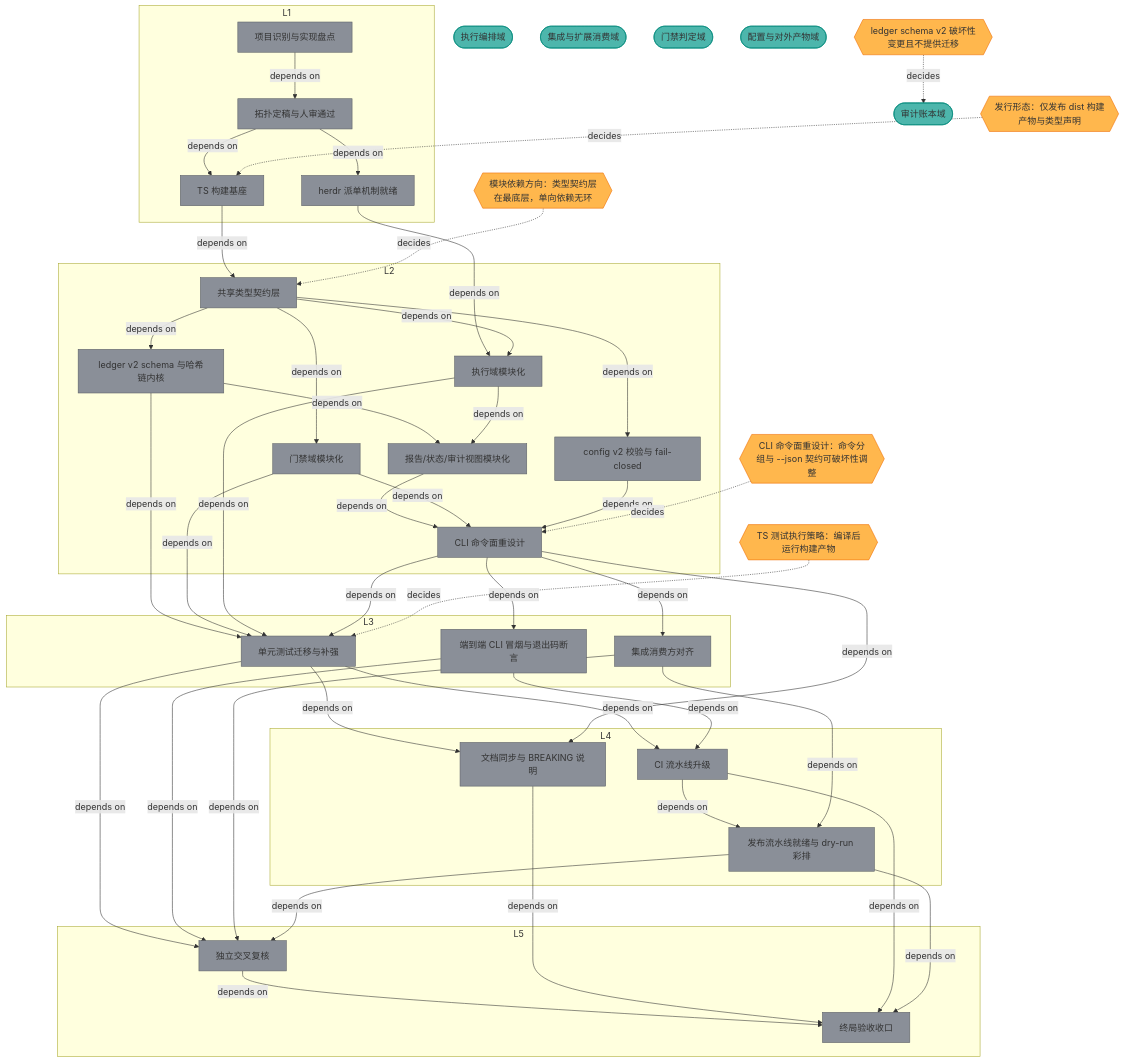
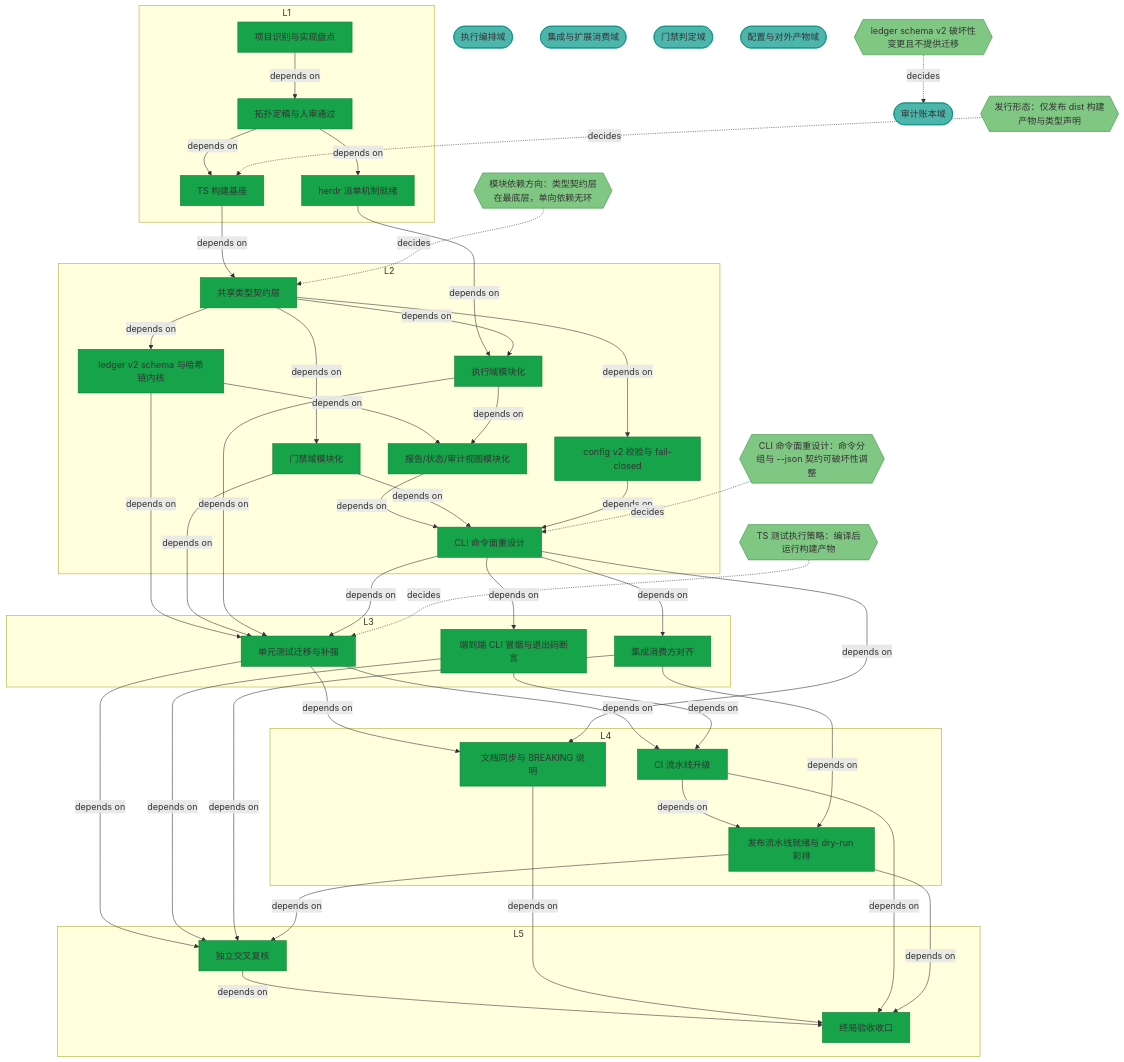
One commit to Calvin-Xia/EvoFence changed the diagram in docs/topology.mmd. Above: the diagram before and after it, drawn with Mermaid. The commit also changed 1 other file, not shown here.

```diff
--- a/docs/topology.mmd
+++ b/docs/topology.mmd
@@ -1,99 +1,99 @@
 graph TD;
 %% entry: 0.3.0 纯 JS ESM 现状：src 16 文件约 4400 行、手写 CLI dispatcher、better-sqlite3 与 yaml 两项运行时依赖、package.json 的 bin 直指 src 下 JS 源码、无 tsconfig 与构建步骤。目标契约约束：重构为模块化 TypeScript 0.4.0，npm run build 产出 dist ESM JS 与 d.ts（含 declarationMap），package.json 的 bin/exports/types/files 指向 dist；OIDC 发布流水线就绪且已彩排（npm pack 与 npm publish 的 dry-run 留证）；不创建 tag、不真实发布；运行时依赖不变，仅允许新增构建期 devDependencies；不提供旧数据迁移；sha256 哈希链与 fail-closed 内核不变式必须保留并被测试覆盖。
 %% exit: 0.4.0 模块化 TypeScript 交付完成：src 按领域拆分且单文件 ≤350 行、模块依赖图无环；tsc --noEmit 退出码 0；npm run build 产出 dist ESM JS 与 d.ts 且含 declarationMap；package.json 的 bin/exports/types/files 指向 dist 且全部子命令冒烟通过；npm test 0 failures 且含哈希链篡改负向测试与旧 12 个测试文件的覆盖点映射表；npm pack --dry-run 清单含 dist 与 d.ts 且不含 src 的 TS 源与 test，npm publish --dry-run 成功留证；CI 与 publish workflow 含构建步骤且 OIDC 静态校验通过；README、README.en、AGENTS、CHANGELOG 与实现一致且 CHANGELOG 0.4.0 标 BREAKING 写明旧 ledger 与 config 不兼容且不迁移；herdr 派单审计（模型白名单、worktree 隔离、pane 与 claim_by 对应）齐备。
 %% 验收标准:
 %% - 图交付面：graph validate 与 sp.mjs check-design --json 均输出 errors=0，图经人审 approve 落 design_approved 审计事件，全部工作流节点流转至 passed
 %% - 构建与命令面：tsc --noEmit 退出码 0，npm run build 产出 dist ESM JS 与 d.ts 且含 declarationMap，package.json 的 bin/exports/types/files 指向 dist，重构后全部 CLI 子命令冒烟通过
 %% - 结构与内核：src 按领域拆分且单文件 ≤350 行，模块依赖环检查命令退出码 0 且报告无环，sha256 哈希链与 fail-closed 语义保留并有测试覆盖
 %% - 测试：npm test 退出码 0 且 failures 为 0，旧 12 个测试文件的覆盖点映射表齐备，含哈希链篡改负向用例
 %% - 打包发布与文档审计：npm pack --dry-run 清单含 dist 与 d.ts 且不含 src 的 TS 源文件与 test 目录，npm publish --dry-run 退出码 0 留证，CI 与 publish workflow 含构建步骤且 OIDC 静态校验通过，git tag 相对 0.3.0 无新增，README/README.en/AGENTS/CHANGELOG 与实现一致且 CHANGELOG 0.4.0 标 BREAKING 写明旧 ledger 与 config 不兼容不迁移，herdr 派单审计（模型白名单 + worktree 隔离 + pane 与 claim_by 对应）齐备
 %% 边样式图例:
 %% decides/fallback/iterates = 虚线箭头；relates = 点线；shares_context = 无箭头实线；其余 = 实线箭头
   %% 节点定义 (按状态着色)
   %% 知识顶点 (context/ADR 横切领域知识，不入分期带)
-  adr_0001{{"ledger schema v2 破坏性变更且不提供迁移"}}:::adr_proposed;
-  adr_0002{{"发行形态：仅发布 dist 构建产物与类型声明"}}:::adr_proposed;
-  adr_0003{{"CLI 命令面重设计：命令分组与 --json 契约可破坏性调整"}}:::adr_proposed;
-  adr_0004{{"TS 测试执行策略：编译后运行构建产物"}}:::adr_proposed;
-  adr_0005{{"模块依赖方向：类型契约层在最底层，单向依赖无环"}}:::adr_proposed;
+  adr_0001{{"ledger schema v2 破坏性变更且不提供迁移"}}:::adr_accepted;
+  adr_0002{{"发行形态：仅发布 dist 构建产物与类型声明"}}:::adr_accepted;
+  adr_0003{{"CLI 命令面重设计：命令分组与 --json 契约可破坏性调整"}}:::adr_accepted;
+  adr_0004{{"TS 测试执行策略：编译后运行构建产物"}}:::adr_accepted;
+  adr_0005{{"模块依赖方向：类型契约层在最底层，单向依赖无环"}}:::adr_accepted;
   ctx_exec(["执行编排域"]):::context;
   ctx_ext(["集成与扩展消费域"]):::context;
   ctx_gate(["门禁判定域"]):::context;
   ctx_io(["配置与对外产物域"]):::context;
   ctx_ledger(["审计账本域"]):::context;
   %% 分期带 (按 level 分组；带内按 id 排序，Git diff 友好)
   subgraph band_L1["L1"]
-    l1_base["TS 构建基座"]:::pending;
-    l1_design["拓扑定稿与人审通过"]:::pending;
-    l1_dispatch["herdr 派单机制就绪"]:::pending;
-    l1_recon["项目识别与实现盘点"]:::pending;
+    l1_base["TS 构建基座"]:::passed;
+    l1_design["拓扑定稿与人审通过"]:::passed;
+    l1_dispatch["herdr 派单机制就绪"]:::passed;
+    l1_recon["项目识别与实现盘点"]:::passed;
   end
   subgraph band_L2["L2"]
-    l2_cli["CLI 命令面重设计"]:::pending;
-    l2_config["config v2 校验与 fail-closed"]:::pending;
-    l2_exec["执行域模块化"]:::pending;
-    l2_gate["门禁域模块化"]:::pending;
-    l2_ledger["ledger v2 schema 与哈希链内核"]:::pending;
-    l2_report["报告/状态/审计视图模块化"]:::pending;
-    l2_types["共享类型契约层"]:::pending;
+    l2_cli["CLI 命令面重设计"]:::passed;
+    l2_config["config v2 校验与 fail-closed"]:::passed;
+    l2_exec["执行域模块化"]:::passed;
+    l2_gate["门禁域模块化"]:::passed;
+    l2_ledger["ledger v2 schema 与哈希链内核"]:::passed;
+    l2_report["报告/状态/审计视图模块化"]:::passed;
+    l2_types["共享类型契约层"]:::passed;
   end
   subgraph band_L3["L3"]
-    l3_integrations["集成消费方对齐"]:::pending;
-    l3_tests_e2e["端到端 CLI 冒烟与退出码断言"]:::pending;
-    l3_tests_unit["单元测试迁移与补强"]:::pending;
+    l3_integrations["集成消费方对齐"]:::passed;
+    l3_tests_e2e["端到端 CLI 冒烟与退出码断言"]:::passed;
+    l3_tests_unit["单元测试迁移与补强"]:::passed;
   end
   subgraph band_L4["L4"]
-    l4_ci["CI 流水线升级"]:::pending;
-    l4_docs["文档同步与 BREAKING 说明"]:::pending;
-    l4_release["发布流水线就绪与 dry-run 彩排"]:::pending;
+    l4_ci["CI 流水线升级"]:::passed;
+    l4_docs["文档同步与 BREAKING 说明"]:::passed;
+    l4_release["发布流水线就绪与 dry-run 彩排"]:::passed;
   end
   subgraph band_L5["L5"]
-    l5_accept["终局验收收口"]:::pending;
-    l5_review["独立交叉复核"]:::pending;
+    l5_accept["终局验收收口"]:::passed;
+    l5_review["独立交叉复核"]:::passed;
   end
 
   %% 边
   l1_recon -->|"depends on"| l1_design;
   l1_design -->|"depends on"| l1_base;
   l1_design -->|"depends on"| l1_dispatch;
   l1_base -->|"depends on"| l2_types;
   l1_dispatch -->|"depends on"| l2_exec;
   l2_types -->|"depends on"| l2_ledger;
   l2_types -->|"depends on"| l2_config;
   l2_types -->|"depends on"| l2_gate;
   l2_types -->|"depends on"| l2_exec;
   l2_ledger -->|"depends on"| l2_report;
   l2_exec -->|"depends on"| l2_report;
   l2_report -->|"depends on"| l2_cli;
   l2_gate -->|"depends on"| l2_cli;
   l2_config -->|"depends on"| l2_cli;
   l2_ledger -->|"depends on"| l3_tests_unit;
   l2_gate -->|"depends on"| l3_tests_unit;
   l2_exec -->|"depends on"| l3_tests_unit;
   l2_cli -->|"depends on"| l3_tests_unit;
   l2_cli -->|"depends on"| l3_tests_e2e;
   l2_cli -->|"depends on"| l3_integrations;
   l3_tests_unit -->|"depends on"| l4_docs;
   l2_cli -->|"depends on"| l4_docs;
   l3_tests_unit -->|"depends on"| l4_ci;
   l3_tests_e2e -->|"depends on"| l4_ci;
   l4_ci -->|"depends on"| l4_release;
   l3_integrations -->|"depends on"| l4_release;
   l3_tests_unit -->|"depends on"| l5_review;
   l3_tests_e2e -->|"depends on"| l5_review;
   l3_integrations -->|"depends on"| l5_review;
   l4_release -->|"depends on"| l5_review;
   l5_review -->|"depends on"| l5_accept;
   l4_docs -->|"depends on"| l5_accept;
   l4_ci -->|"depends on"| l5_accept;
   l4_release -->|"depends on"| l5_accept;
   adr_0002 -.->|"decides"| l1_base;
   adr_0001 -.->|"decides"| ctx_ledger;
   adr_0003 -.->|"decides"| l2_cli;
   adr_0004 -.->|"decides"| l3_tests_unit;
   adr_0005 -.->|"decides"| l2_types;
 
   %% 样式定义
-  classDef adr_proposed fill:#ffb74d,stroke:#ef6c00;
+  classDef adr_accepted fill:#81c784,stroke:#388e3c;
   classDef context fill:#4db6ac,stroke:#00897b;
-  classDef pending fill:#8a8f98,stroke:#5b5f66;
+  classDef passed fill:#16a34a,stroke:#0e7a37;
```
